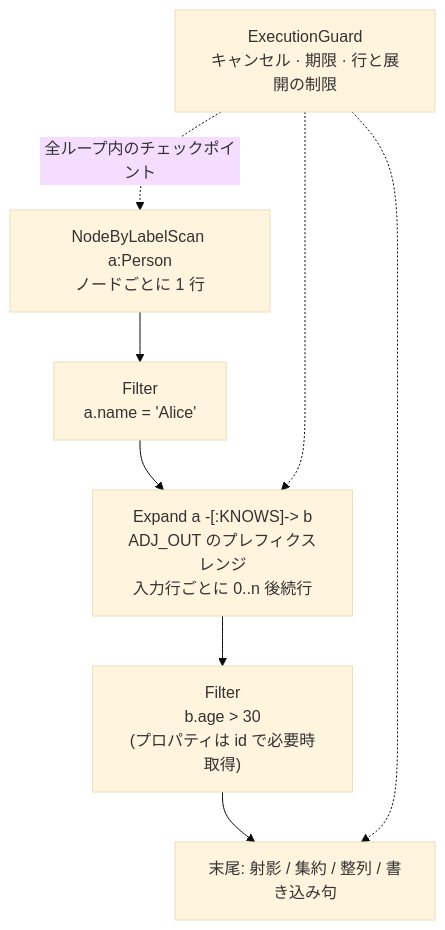
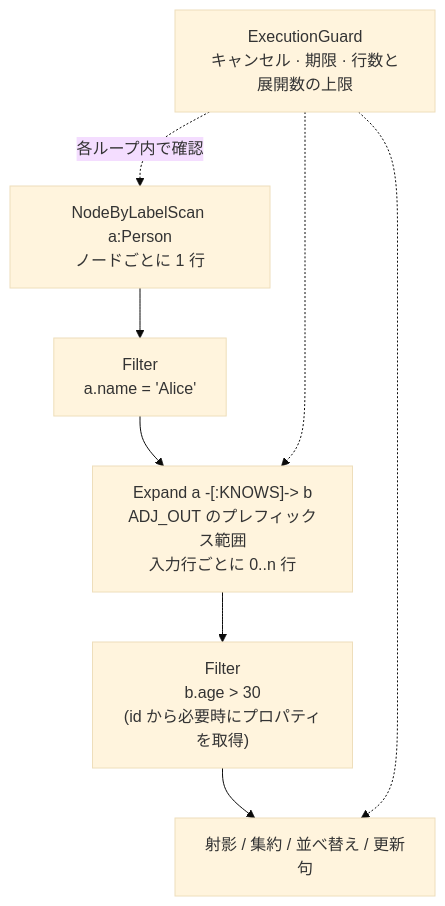
One commit to knoguchi/marsdb changed the diagram in book/src/internals/ja/executor.md. Above: the diagram before and after it, drawn with Mermaid (base theme). The commit also changed other lines of this file and 9 other files, not shown here.

````diff
--- a/book/src/internals/ja/executor.md
+++ b/book/src/internals/ja/executor.md
@@ -28,10 +29,10 @@
 ```mermaid
 flowchart TD
     scan["NodeByLabelScan a:Person\nノードごとに 1 行"] --> f1["Filter\na.name = 'Alice'"]
-    f1 --> ex["Expand a -[:KNOWS]-> b\nADJ_OUT のプレフィクスレンジ\n入力行ごとに 0..n 後続行"]
-    ex --> f2["Filter\nb.age > 30\n(プロパティは id で必要時取得)"]
-    f2 --> tail["末尾: 射影 / 集約 / 整列 / 書き込み句"]
-    guard["ExecutionGuard\nキャンセル · 期限 · 行と展開の制限"] -.->|全ループ内のチェックポイント| scan
+    f1 --> ex["Expand a -[:KNOWS]-> b\nADJ_OUT のプレフィックス範囲\n入力行ごとに 0..n 行"]
+    ex --> f2["Filter\nb.age > 30\n(id から必要時にプロパティを取得)"]
+    f2 --> tail["射影 / 集約 / 並べ替え / 更新句"]
+    guard["ExecutionGuard\nキャンセル · 期限 · 行数と展開数の上限"] -.->|各ループ内で確認| scan
     guard -.-> ex
     guard -.-> tail
 ```
````
